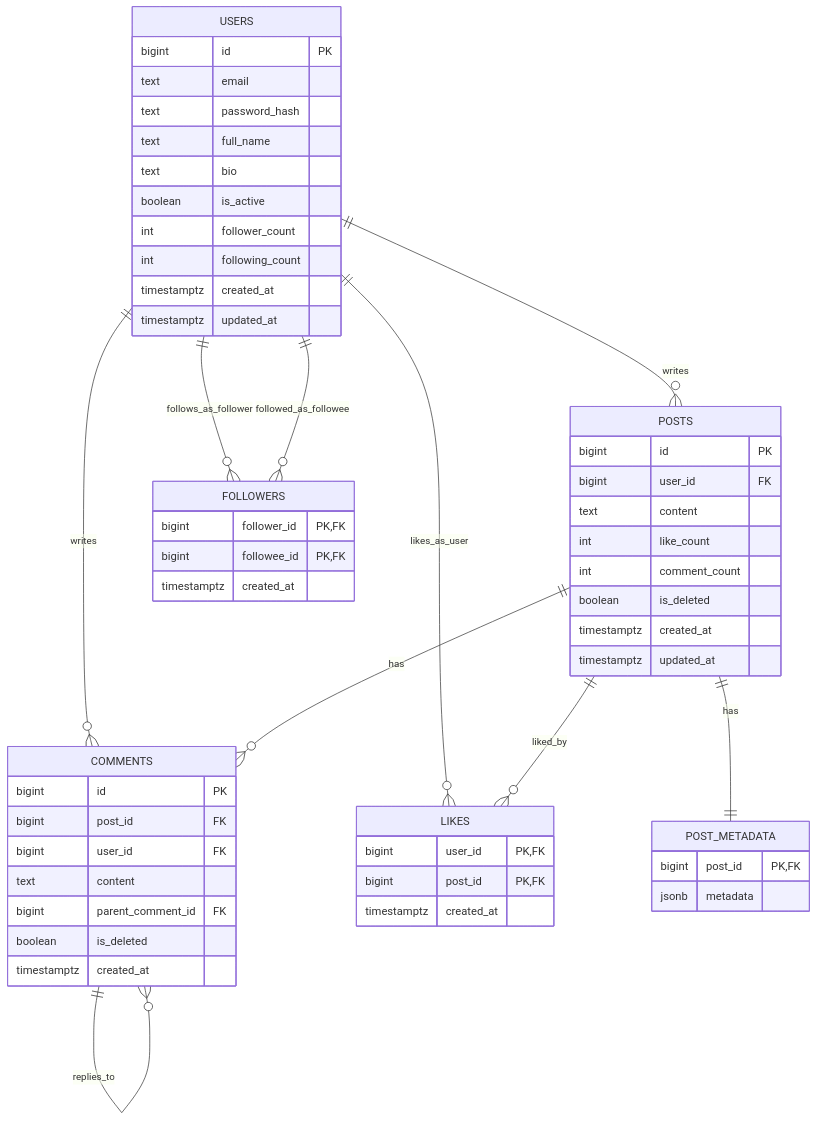
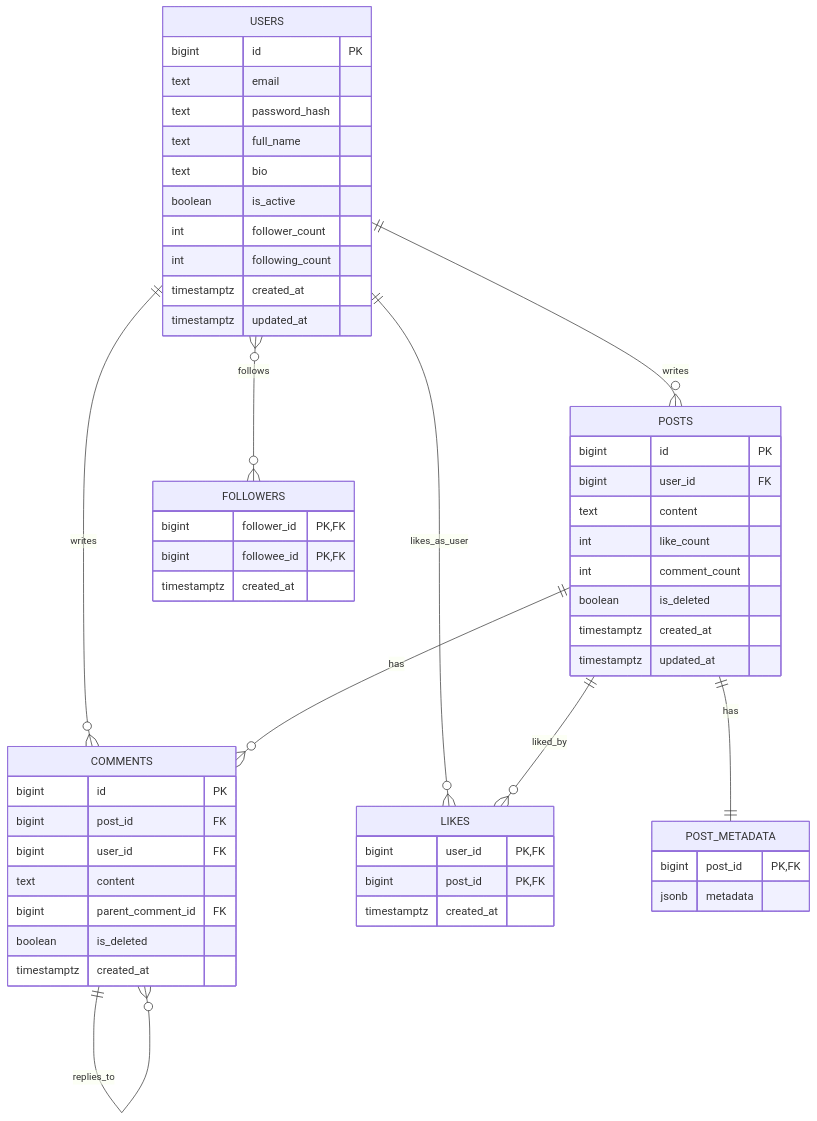
Before and after one commit to RUYANGA/Python-Be-AI-Amalitech: the diagram in Module4/docs/database-design.md, drawn with Mermaid.

Commit message:
Update ERD: change USERS-FOLLOWERS to many-to-many relationship

````diff
--- a/Module4/docs/database-design.md
+++ b/Module4/docs/database-design.md
@@ -13,58 +13,57 @@
 ```mermaid
 erDiagram
     USERS {
         bigint id PK
         text email
         text password_hash
         text full_name
         text bio
         boolean is_active
         int follower_count
         int following_count
         timestamptz created_at
         timestamptz updated_at
     }
     POSTS {
         bigint id PK
         bigint user_id FK
         text content
         int like_count
         int comment_count
         boolean is_deleted
         timestamptz created_at
         timestamptz updated_at
     }
     COMMENTS {
         bigint id PK
         bigint post_id FK
         bigint user_id FK
         text content
         bigint parent_comment_id FK
         boolean is_deleted
         timestamptz created_at
     }
     FOLLOWERS {
         bigint follower_id PK,FK
         bigint followee_id PK,FK
         timestamptz created_at
     }
     LIKES {
         bigint user_id PK,FK
         bigint post_id PK,FK
         timestamptz created_at
     }
     POST_METADATA {
         bigint post_id PK,FK
         jsonb metadata
     }
 
     USERS ||--o{ POSTS : writes
     USERS ||--o{ COMMENTS : writes
     POSTS ||--o{ COMMENTS : has
     COMMENTS ||--o{ COMMENTS : replies_to
-    USERS ||--o{ FOLLOWERS : follows_as_follower
-    USERS ||--o{ FOLLOWERS : followed_as_followee
+    USERS }o--o{ FOLLOWERS : follows
     USERS ||--o{ LIKES : likes_as_user
     POSTS ||--o{ LIKES : liked_by
     POSTS ||--|| POST_METADATA : has
 ```
````
